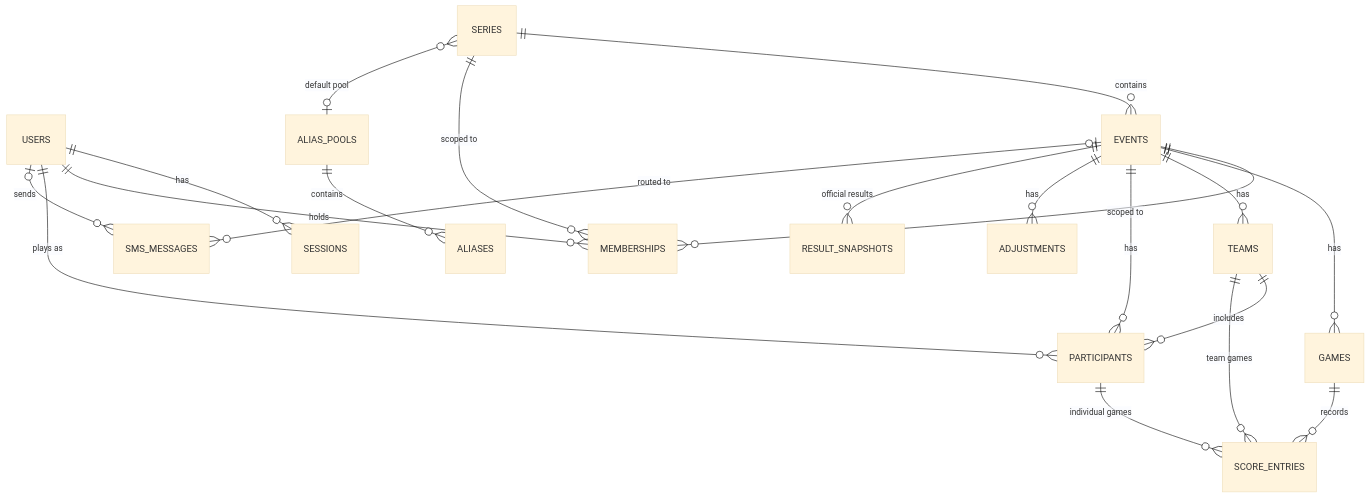
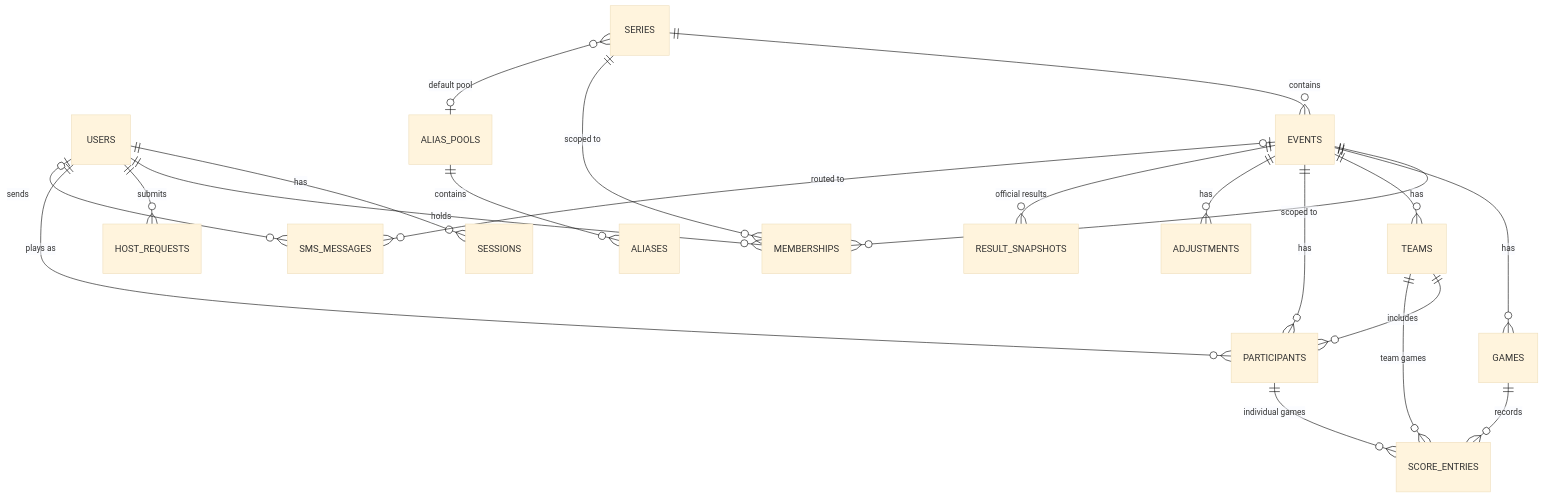
The diagram in docs/MIGRATION_PLAN.md (clinejj/scorebot9000), drawn with Mermaid (base theme) before and after one commit. The commit also changed other lines of this file, not shown here.

````diff
--- a/docs/MIGRATION_PLAN.md
+++ b/docs/MIGRATION_PLAN.md
@@ -140,22 +159,23 @@
 ```mermaid
 erDiagram
   USERS ||--o{ SESSIONS : has
   USERS ||--o{ MEMBERSHIPS : holds
+  USERS ||--o{ HOST_REQUESTS : submits
   SERIES ||--o{ EVENTS : contains
   SERIES ||--o{ MEMBERSHIPS : "scoped to"
   EVENTS ||--o{ MEMBERSHIPS : "scoped to"
   EVENTS ||--o{ GAMES : has
   EVENTS ||--o{ TEAMS : has
   EVENTS ||--o{ PARTICIPANTS : has
   USERS ||--o{ PARTICIPANTS : "plays as"
   TEAMS ||--o{ PARTICIPANTS : includes
   GAMES ||--o{ SCORE_ENTRIES : records
   PARTICIPANTS ||--o{ SCORE_ENTRIES : "individual games"
   TEAMS ||--o{ SCORE_ENTRIES : "team games"
   EVENTS ||--o{ ADJUSTMENTS : has
   EVENTS ||--o{ RESULT_SNAPSHOTS : "official results"
   ALIAS_POOLS ||--o{ ALIASES : contains
   SERIES }o--o| ALIAS_POOLS : "default pool"
   USERS |o--o{ SMS_MESSAGES : sends
   EVENTS |o--o{ SMS_MESSAGES : "routed to"
 ```
````
